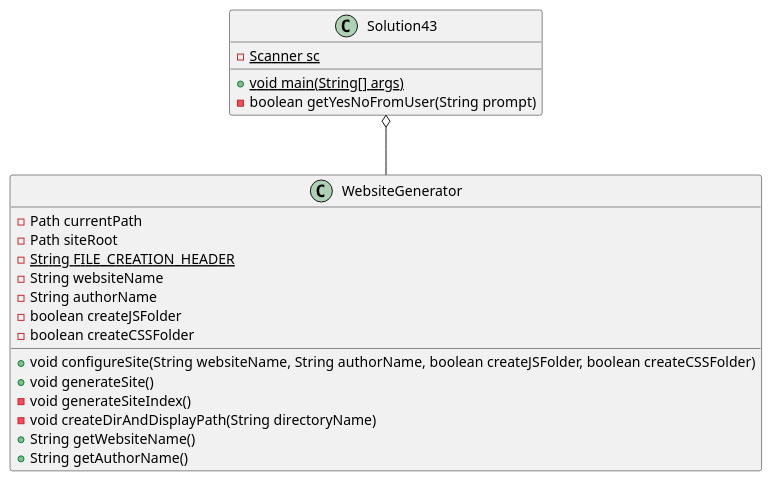
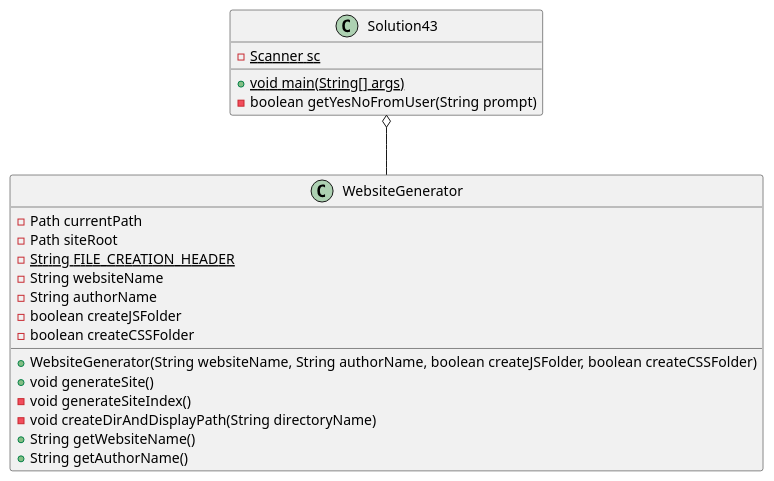
The diagram in exercise43/docs/class_diagram.puml (ethandrzb/thomas-a04), drawn with PlantUML before and after one commit. The commit also changed 1 other file, not shown here.

Commit message:
Converted configureSite into constructor for WebsiteGenerator

```diff
--- a/exercise43/docs/class_diagram.puml
+++ b/exercise43/docs/class_diagram.puml
@@ -1,32 +1,32 @@
 @startuml
 'https://plantuml.com/class-diagram
 
 class Solution43
 {
     -{static} Scanner sc
 
     +{static} void main(String[] args)
     -boolean getYesNoFromUser(String prompt)
 }
 
 class WebsiteGenerator
 {
     -Path currentPath
     -Path siteRoot
     -{static} String FILE_CREATION_HEADER
     -String websiteName
     -String authorName
     -boolean createJSFolder
     -boolean createCSSFolder
 
-    +void configureSite(String websiteName, String authorName, boolean createJSFolder, boolean createCSSFolder)
+    +WebsiteGenerator(String websiteName, String authorName, boolean createJSFolder, boolean createCSSFolder)
     +void generateSite()
     -void generateSiteIndex()
     -void createDirAndDisplayPath(String directoryName)
     +String getWebsiteName()
     +String getAuthorName()
 }
 
 Solution43 o-- WebsiteGenerator
 
 @enduml
```
